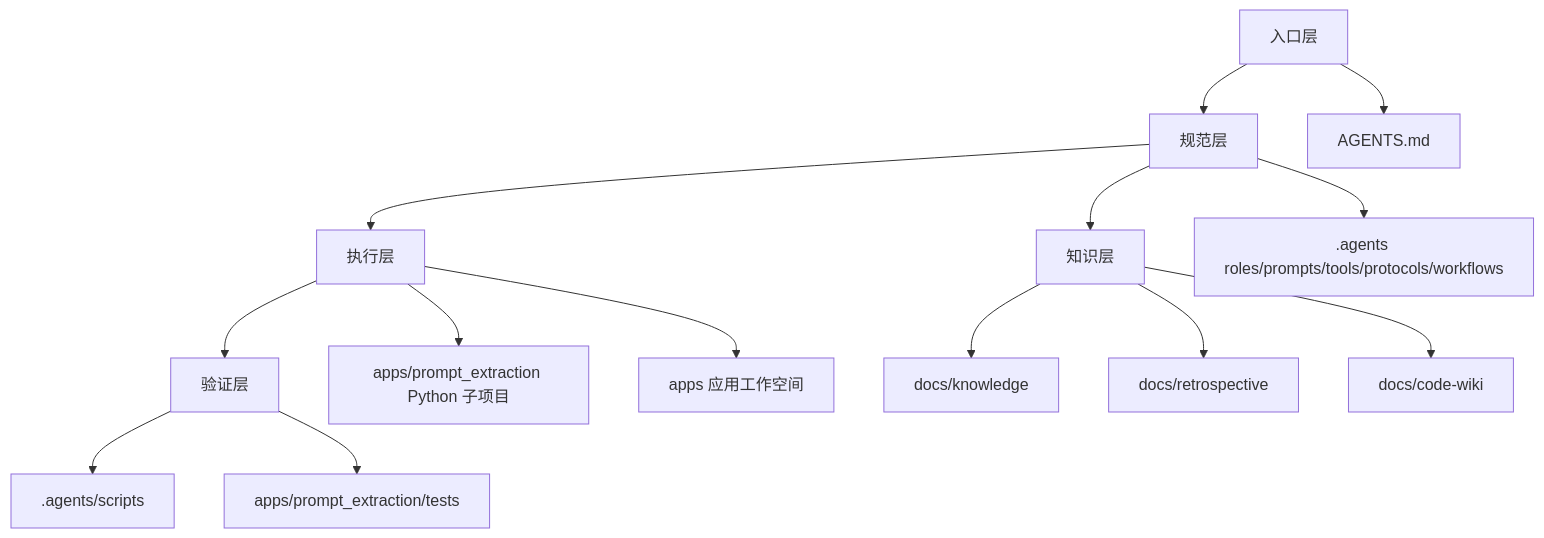
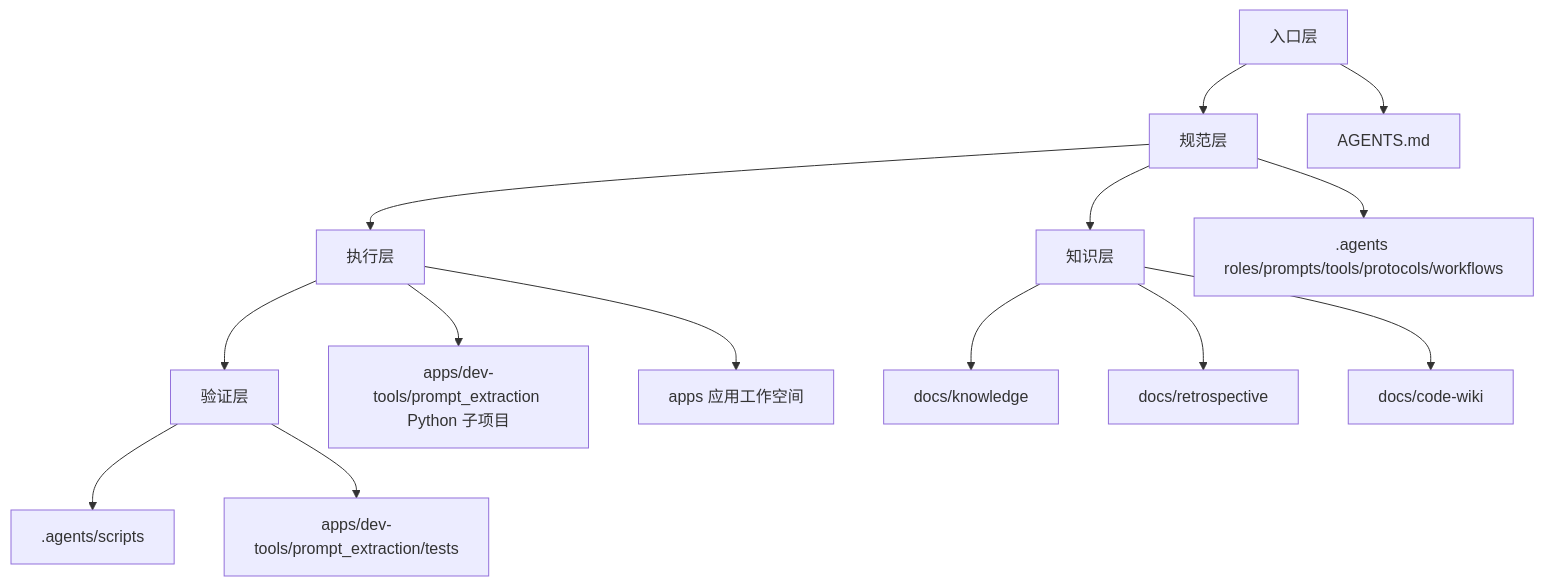
Before and after one commit to xinetzone/SpecWeave: the diagram in .agents/docs/code-wiki/project-overview.md, drawn with Mermaid. The commit also changed other lines of this file and 640 other files, not shown here.

````diff
--- a/.agents/docs/code-wiki/project-overview.md
+++ b/.agents/docs/code-wiki/project-overview.md
@@ -48,16 +48,16 @@
 ```mermaid
 flowchart TB
     A["入口层"] --> B["规范层"]
     B --> C["执行层"]
     B --> D["知识层"]
     C --> E["验证层"]
     A --> A1[AGENTS.md]
     B --> B1[".agents roles/prompts/tools/protocols/workflows"]
-    C --> C1["apps/prompt_extraction Python 子项目"]
+    C --> C1["apps/dev-tools/prompt_extraction Python 子项目"]
     C --> C2["apps 应用工作空间"]
     D --> D1[docs/knowledge]
     D --> D2[docs/retrospective]
     D --> D3[docs/code-wiki]
     E --> E1[.agents/scripts]
-    E --> E2[apps/prompt_extraction/tests]
+    E --> E2[apps/dev-tools/prompt_extraction/tests]
 ```
````
